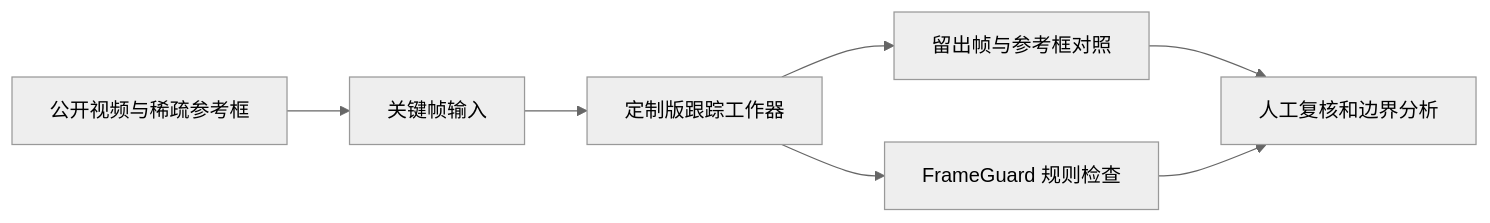
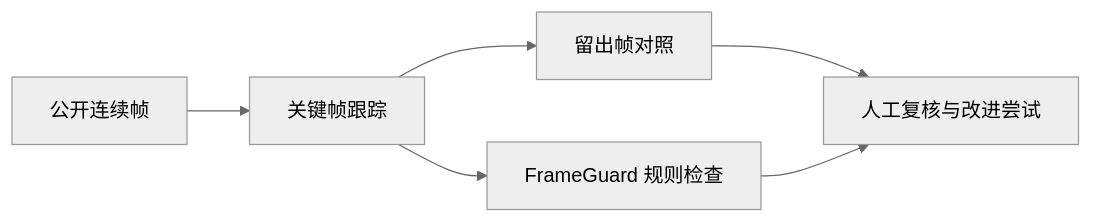
One commit to xian96xx/annotation-quality-evaluation changed the diagram in README.md. Above: the diagram before and after it, drawn with Mermaid (neutral theme). The commit also changed other lines of this file, not shown here.

````diff
--- a/README.md
+++ b/README.md
@@ -13,9 +13,8 @@
 ```mermaid
 flowchart LR
- A[公开视频与稀疏参考框] --> B[关键帧输入]
- B --> C[定制版跟踪工作器]
- C --> D[留出帧与参考框对照]
- C --> E[FrameGuard 规则检查]
- D --> F[人工复核和边界分析]
- E --> F
+ A[公开连续帧] --> B[关键帧跟踪]
+ B --> C[留出帧对照]
+ B --> D[FrameGuard 规则检查]
+ C --> E[人工复核与改进尝试]
+ D --> E
 ```
````
